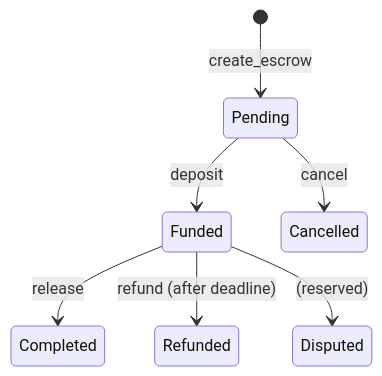
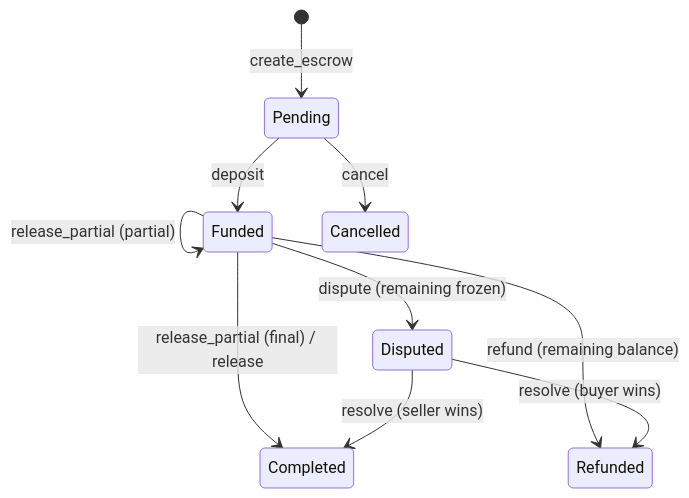
Before and after one commit to Meet-hybrid/soroban-forge: the second of 2 diagrams in README.md, drawn with Mermaid. The commit also changed other lines of this file and 8 other files, not shown here.

````diff
--- a/README.md
+++ b/README.md
@@ -135,9 +135,12 @@
 ```mermaid
 stateDiagram-v2
     [*] --> Pending: create_escrow
     Pending --> Funded: deposit
-    Funded --> Completed: release
-    Funded --> Refunded: refund (after deadline)
+    Funded --> Funded: release_partial (partial)
+    Funded --> Completed: release_partial (final) / release
+    Funded --> Refunded: refund (remaining balance)
     Pending --> Cancelled: cancel
-    Funded --> Disputed: (reserved)
+    Funded --> Disputed: dispute (remaining frozen)
+    Disputed --> Completed: resolve (seller wins)
+    Disputed --> Refunded: resolve (buyer wins)
 ```
````
